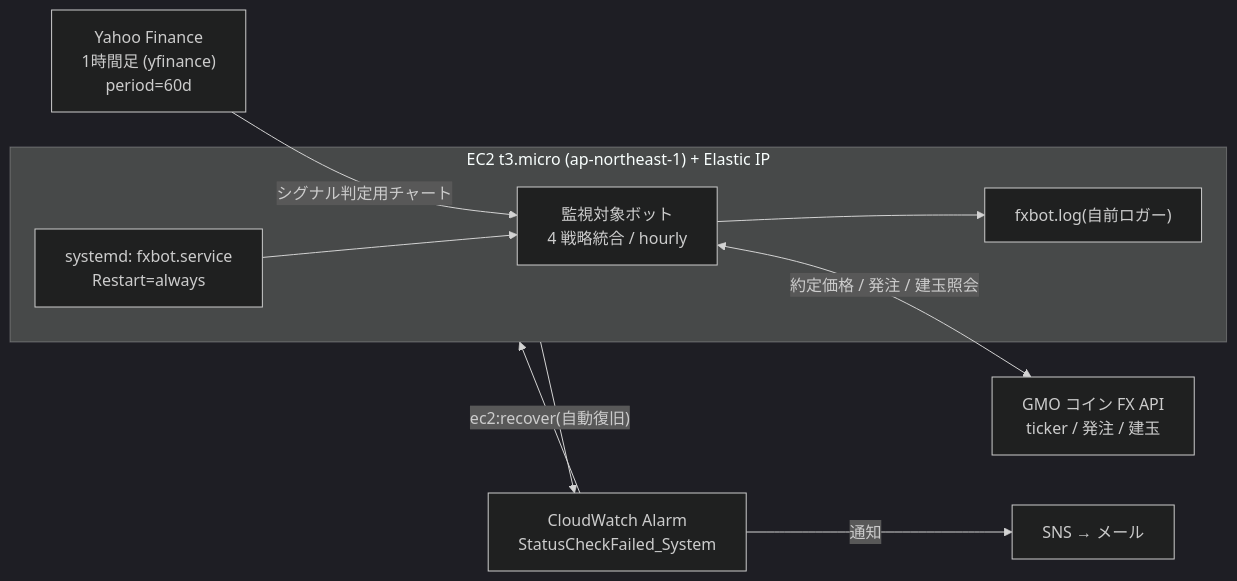
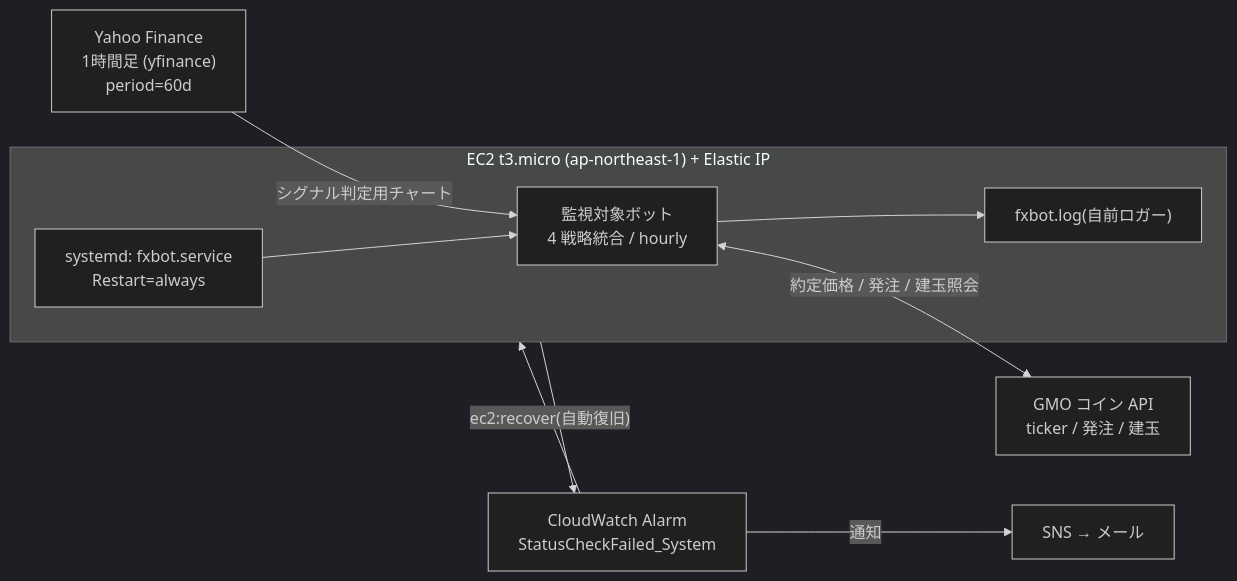
The first of 3 diagrams in README.md (tete172/backtest-parity-dashboard), drawn with Mermaid (dark theme) before and after one commit. The commit also changed other lines of this file and 6 other files, not shown here.

````diff
--- a/README.md
+++ b/README.md
@@ -79,16 +79,16 @@
 ```mermaid
 flowchart LR
     YF["Yahoo Finance<br/>1時間足 (yfinance)<br/>period=60d"]
-    GMO["GMO コイン FX API<br/>ticker / 発注 / 建玉"]
+    GMO["GMO コイン API<br/>ticker / 発注 / 建玉"]
 
     subgraph EC2bot["EC2 t3.micro (ap-northeast-1) + Elastic IP"]
       SYS["systemd: fxbot.service<br/>Restart=always"] --> BOT["監視対象ボット<br/>4 戦略統合 / hourly"]
       BOT --> LOG["fxbot.log(自前ロガー)"]
     end
 
     YF -->|"シグナル判定用チャート"| BOT
     BOT <-->|"約定価格 / 発注 / 建玉照会"| GMO
     EC2bot --> CWALM["CloudWatch Alarm<br/>StatusCheckFailed_System"]
     CWALM -->|"ec2:recover(自動復旧)"| EC2bot
     CWALM -->|通知| SNS["SNS → メール"]
 ```
````
